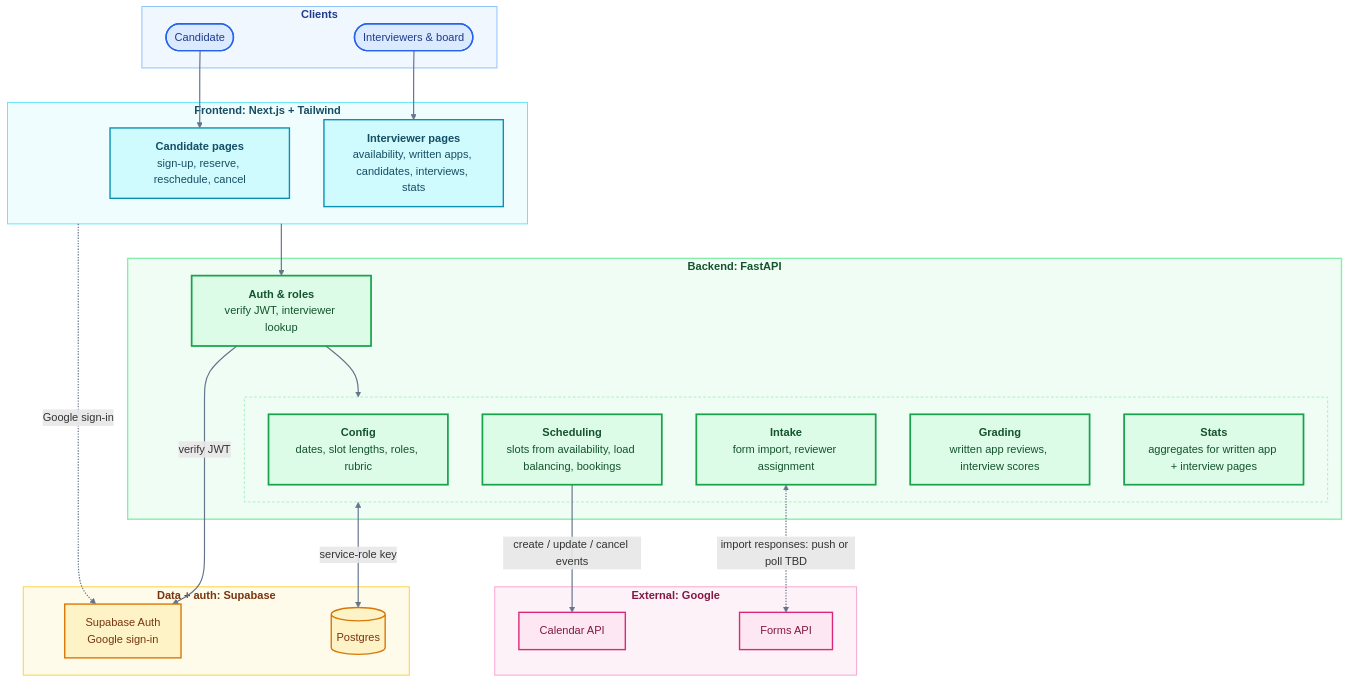
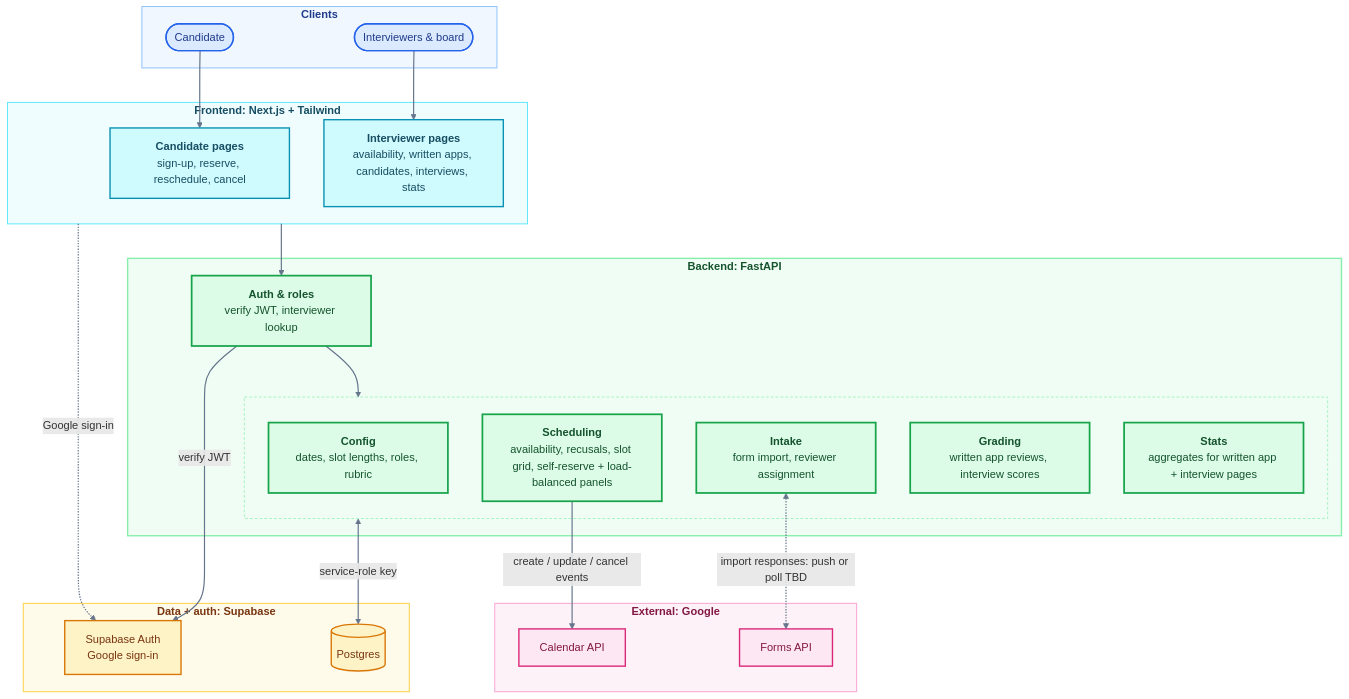
The diagram in project/architecture.md (rice-apps/RARecruit), drawn with Mermaid before and after one commit. The commit also changed other lines of this file and 4 other files, not shown here.

First line of the commit message:
Supabase schema, dev seed, relevant docs (#2)

````diff
--- a/project/architecture.md
+++ b/project/architecture.md
@@ -3,75 +3,75 @@
 ```mermaid
 
 flowchart TB
     subgraph S1["<b>Clients</b>"]
         Candidate([Candidate])
         Interviewer(["Interviewers & board"])
     end
 
     subgraph S2["<b> Frontend: Next.js + Tailwind</b>"]
         CandUI["<b>Candidate pages</b><br/>sign-up, reserve, reschedule, cancel"]
         IntUI["<b>Interviewer pages</b><br/>availability, written apps, candidates, interviews, stats"]
     end
 
     subgraph S3["<b> Backend: FastAPI </b>"]
         Roles["<b>Auth & roles</b><br/>verify JWT, interviewer lookup"]
         subgraph Mods[" "]
             Config["<b>Config</b><br/>dates, slot lengths, roles, rubric"]
-            Sched["<b>Scheduling</b><br/>slots from availability, load balancing, bookings"]
+            Sched["<b>Scheduling</b><br/>availability, recusals, slot grid, self-reserve + load-balanced panels"]
             Intake["<b>Intake</b><br/>form import, reviewer assignment"]
             Grading["<b>Grading</b><br/>written app reviews, interview scores"]
             Stats["<b>Stats</b><br/>aggregates for written app + interview pages"]
         end
     end
 
     subgraph S4["<b>Data + auth: Supabase</b>"]
         Auth["Supabase Auth<br/>Google sign-in"]
         DB[("Postgres")]
     end
 
     subgraph S5["<b>External: Google</b>"]
         Forms["Forms API"]
         Calendar["Calendar API"]
     end
 
     Candidate --> CandUI
     Interviewer --> IntUI
     S2 -.->|Google sign-in| Auth
     S2 --> Roles
     Roles -->|verify JWT| Auth
     Roles --> Mods
     Mods <-->|service-role key| DB
     Intake <-.->|import responses: push or poll TBD| Forms
     Sched -->|create / update / cancel events| Calendar
 
     classDef clients fill:#DBEAFE,stroke:#2563EB,color:#1E3A8A,stroke-width:2px
 
     classDef frontend fill:#CFFAFE,stroke:#0891B2,color:#164E63,stroke-width:2px
 
     classDef backend fill:#DCFCE7,stroke:#16A34A,color:#14532D,stroke-width:2.5px
 
     classDef data fill:#FEF3C7,stroke:#D97706,color:#78350F,stroke-width:2px
 
     classDef external fill:#FCE7F3,stroke:#DB2777,color:#831843,stroke-width:2px
 
     class Candidate,Interviewer clients
     class CandUI,IntUI frontend
     class Roles,Config,Sched,Intake,Grading,Stats backend
     class Auth,DB data
     class Forms,Calendar external
 
     style S1 fill:#F0F7FF,stroke:#93C5FD,stroke-width:1.5px,color:#1E3A8A
 
     style S2 fill:#F0FDFF,stroke:#67E8F9,stroke-width:1.5px,color:#164E63
 
     style S3 fill:#F0FDF4,stroke:#86EFAC,stroke-width:2px,color:#14532D
 
     style Mods fill:#F0FDF4,stroke:#86EFAC,stroke-width:1px,stroke-dasharray:4 3
 
     style S4 fill:#FFFBEB,stroke:#FCD34D,stroke-width:1.5px,color:#78350F
 
     style S5 fill:#FDF2F8,stroke:#F9A8D4,stroke-width:1.5px,color:#831843
 
     linkStyle default stroke:#64748B,stroke-width:1.7px
 
 ```
````
